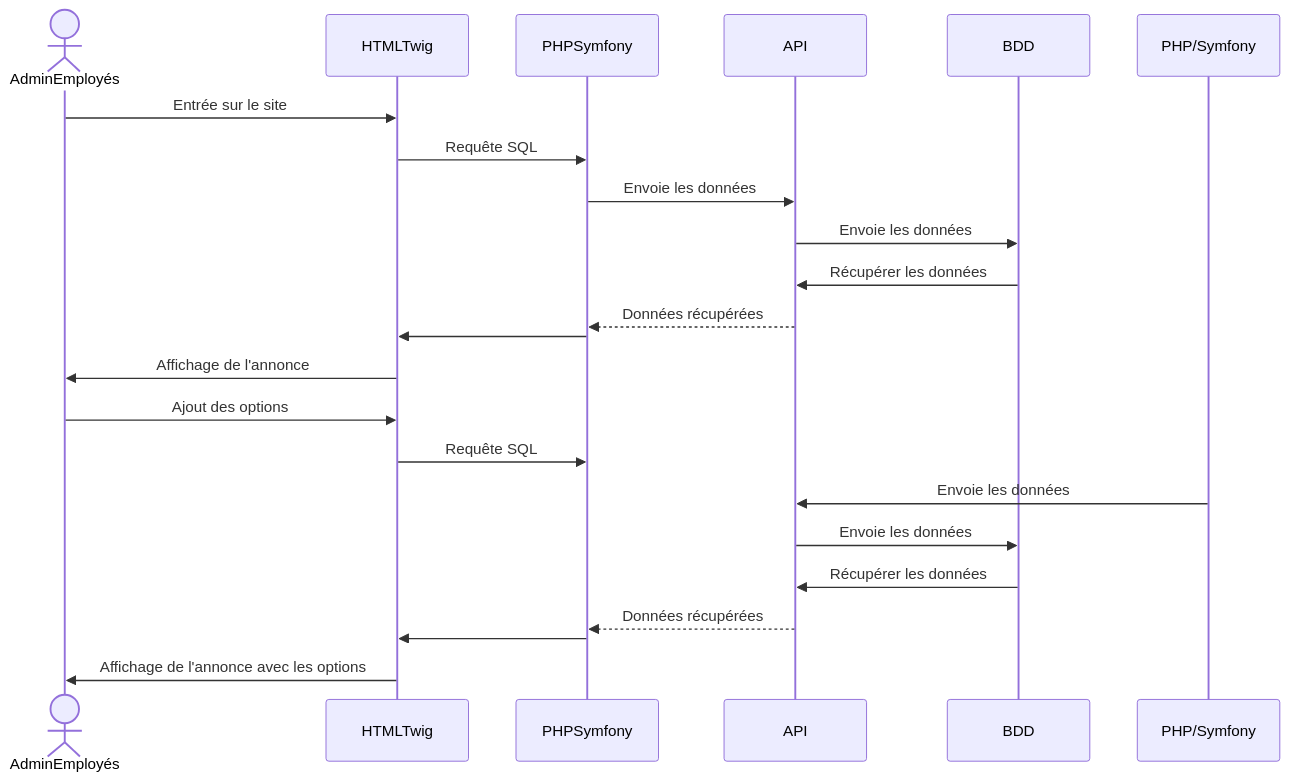
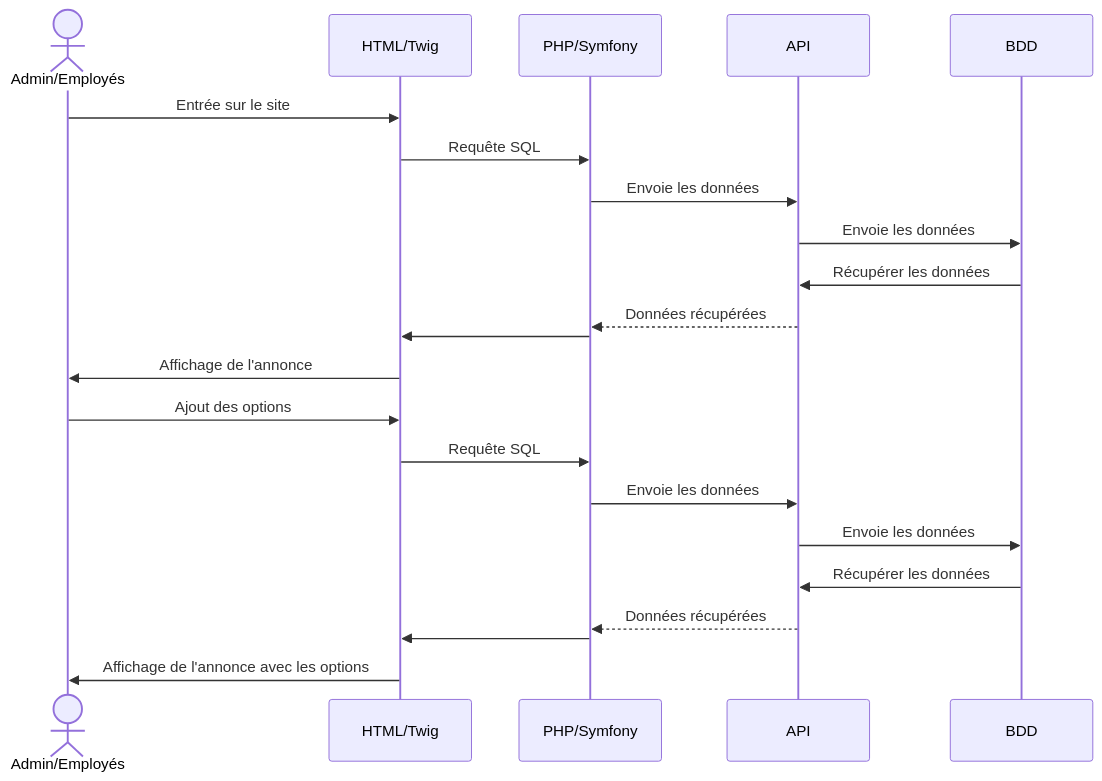
The diagram in docs/sequencecreatannonce.md (pickypou/garage-back), drawn with Mermaid before and after one commit. The commit also changed 1 other file, not shown here.

Commit message:
sequencecommentaires.md

````diff
--- a/docs/sequencecreatannonce.md
+++ b/docs/sequencecreatannonce.md
@@ -5,26 +5,26 @@
 ``` mermaid 
 sequenceDiagram
-    actor AdminEmployés
-    participant HTMLTwig
-    participant PHPSymfony
+    actor Admin/Employés
+    participant HTML/Twig
+    participant PHP/Symfony
     participant API
     participant BDD
     
-    AdminEmployés ->> HTMLTwig: Entrée sur le site
-    HTMLTwig ->> PHPSymfony: Requête SQL
-    PHPSymfony ->> API: Envoie les données
-    API ->> BDD: Envoie les données
-    BDD ->> API: Récupérer les données
-    API -->> PHPSymfony: Données récupérées
-    PHPSymfony ->> HTMLTwig: 
-    HTMLTwig ->> AdminEmployés: Affichage de l'annonce
-    
-    AdminEmployés ->> HTMLTwig: Ajout des options
-    HTMLTwig ->> PHPSymfony: Requête SQL
+    Admin/Employés ->> HTML/Twig: Entrée sur le site
+    HTML/Twig ->> PHP/Symfony: Requête SQL
     PHP/Symfony ->> API: Envoie les données
     API ->> BDD: Envoie les données
     BDD ->> API: Récupérer les données
-    API -->> PHPSymfony: Données récupérées
-    PHPSymfony ->> HTMLTwig: 
-    HTMLTwig ->> AdminEmployés: Affichage de l'annonce avec les options
+    API -->> PHP/Symfony: Données récupérées
+    PHP/Symfony ->> HTML/Twig: 
+    HTML/Twig ->> Admin/Employés: Affichage de l'annonce
+    
+    Admin/Employés ->> HTML/Twig: Ajout des options
+    HTML/Twig ->> PHP/Symfony: Requête SQL
+    PHP/Symfony ->> API: Envoie les données
+    API ->> BDD: Envoie les données
+    BDD ->> API: Récupérer les données
+    API -->> PHP/Symfony: Données récupérées
+    PHP/Symfony ->> HTML/Twig: 
+    HTML/Twig ->> Admin/Employés: Affichage de l'annonce avec les options
 ```
````
